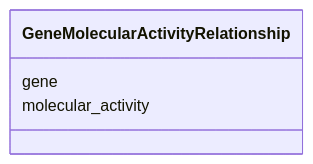
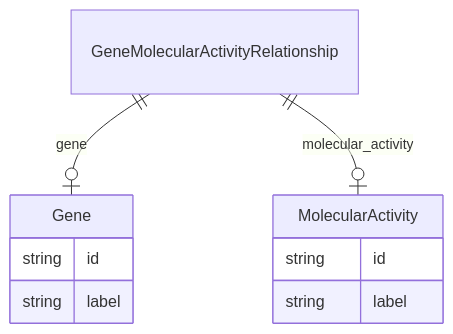
Before and after one commit to monarch-initiative/ontogpt: the diagram in docs/biological_process/GeneMolecularActivityRelationship.md, drawn with Mermaid. The commit also changed 187 other files, not shown here.

````diff
--- a/docs/biological_process/GeneMolecularActivityRelationship.md
+++ b/docs/biological_process/GeneMolecularActivityRelationship.md
@@ -8,7 +8,18 @@
 ```mermaid
- classDiagram
-    class GeneMolecularActivityRelationship
-      GeneMolecularActivityRelationship : gene
-      GeneMolecularActivityRelationship : molecular_activity
-      
+erDiagram
+GeneMolecularActivityRelationship {
+
+}
+MolecularActivity {
+    string id  
+    string label  
+}
+Gene {
+    string id  
+    string label  
+}
+
+GeneMolecularActivityRelationship ||--|o Gene : "gene"
+GeneMolecularActivityRelationship ||--|o MolecularActivity : "molecular_activity"
+
 ```
````
